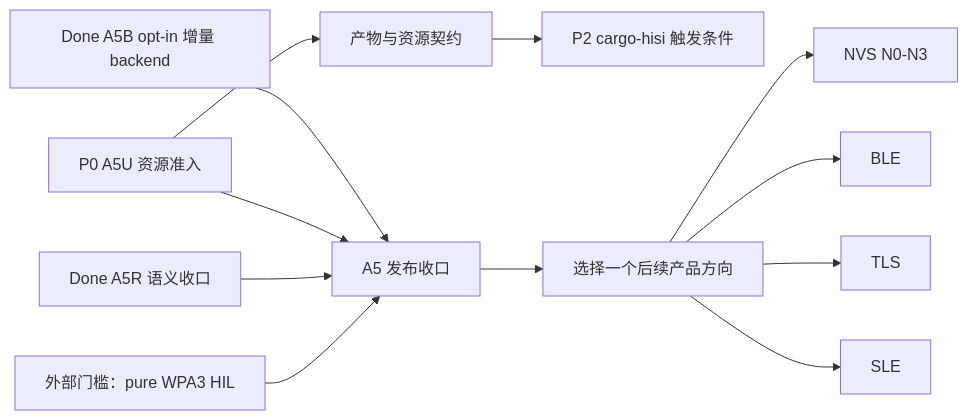
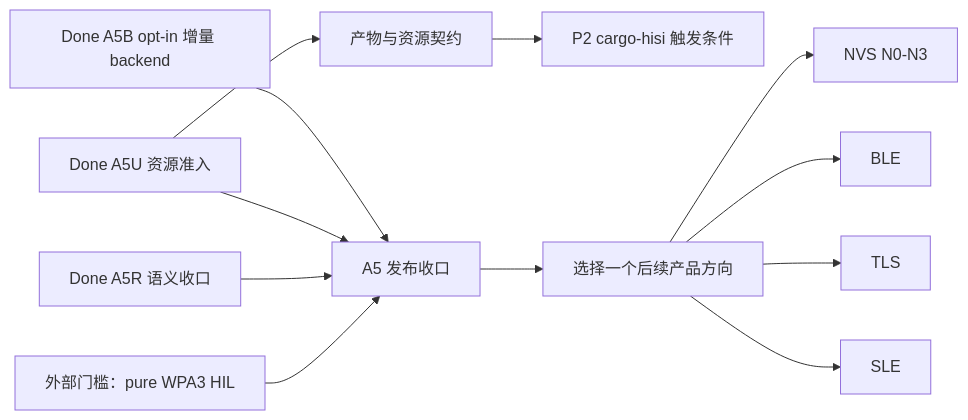
The diagram in docs/plan/README.md (hispark-rs/hisi-riscv-rs), drawn with Mermaid before and after one commit. The commit also changed other lines of this file and 2 other files, not shown here.

````diff
--- a/docs/plan/README.md
+++ b/docs/plan/README.md
@@ -41,14 +41,14 @@
 ```mermaid
 flowchart LR
     A5B["Done A5B opt-in 增量 backend"] --> A5["A5 发布收口"]
-    A5U["P0 A5U 资源准入"] --> A5
+    A5U["Done A5U 资源准入"] --> A5
     A5U --> REPORT["产物与资源契约"]
     REPORT --> CLI["P2 cargo-hisi 触发条件"]
     A5R["Done A5R 语义收口"] --> A5
     WPA3["外部门槛：pure WPA3 HIL"] --> A5
     A5 --> PRODUCT["选择一个后续产品方向"]
     PRODUCT --> NVS["NVS N0-N3"]
     PRODUCT --> BLE["BLE"]
     PRODUCT --> TLS["TLS"]
     PRODUCT --> SLE["SLE"]
 ```
````
